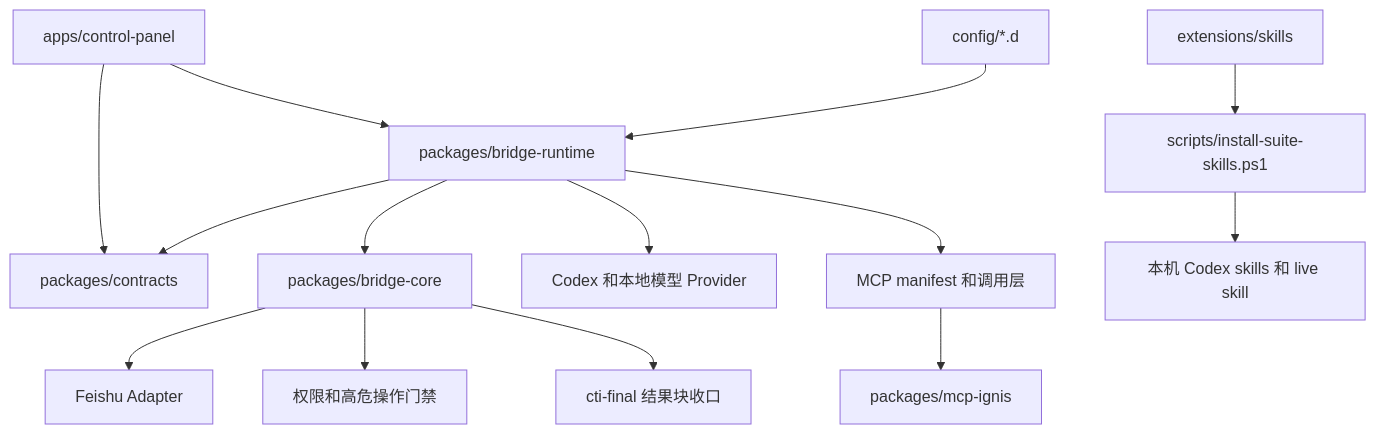
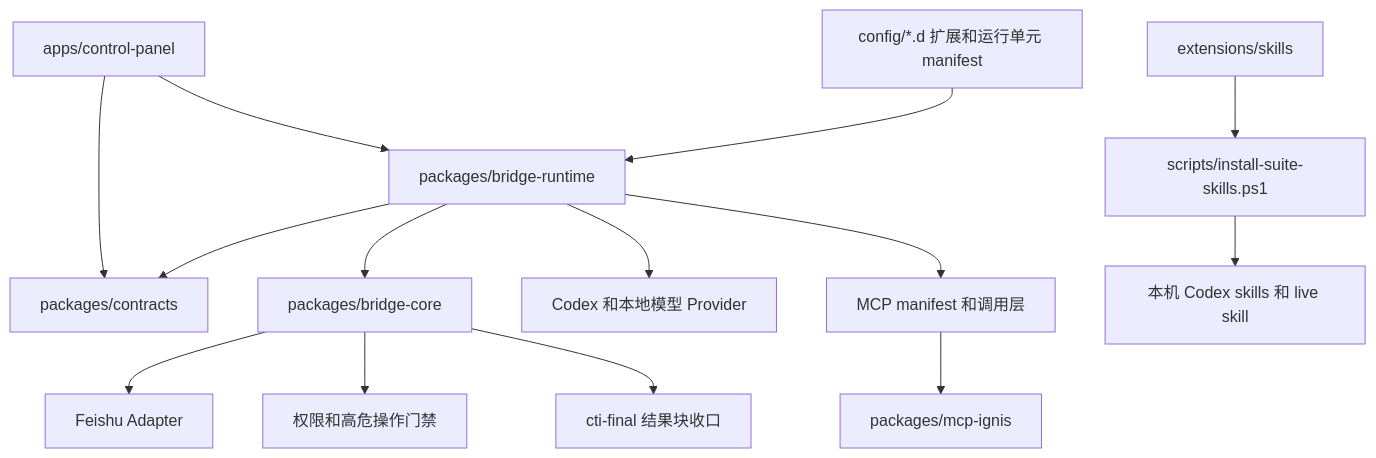
The second of 8 diagrams in docs/PROJECT-ARCHITECTURE.md (dddfuxi/codex-im-suite), drawn with Mermaid before and after one commit. The commit also changed other lines of this file and 58 other files, not shown here.

````diff
--- a/docs/PROJECT-ARCHITECTURE.md
+++ b/docs/PROJECT-ARCHITECTURE.md
@@ -54,16 +54,16 @@
 ```mermaid
 flowchart TD
   Panel[apps/control-panel] --> Runtime[packages/bridge-runtime]
   Panel --> Contracts[packages/contracts]
   Runtime --> Contracts
   Runtime --> Core[packages/bridge-core]
   Runtime --> ProviderLayer[Codex 和本地模型 Provider]
   Runtime --> McpLayer[MCP manifest 和调用层]
   McpLayer --> IgnisPackage[packages/mcp-ignis]
   Core --> FeishuAdapter[Feishu Adapter]
   Core --> PermissionBroker[权限和高危操作门禁]
   Core --> ReplyEnvelope[cti-final 结果块收口]
-  Config[config/*.d] --> Runtime
+  Config[config/*.d 扩展和运行单元 manifest] --> Runtime
   Extensions[extensions/skills] --> Scripts[scripts/install-suite-skills.ps1]
   Scripts --> CodexSkills[本机 Codex skills 和 live skill]
 ```
````
